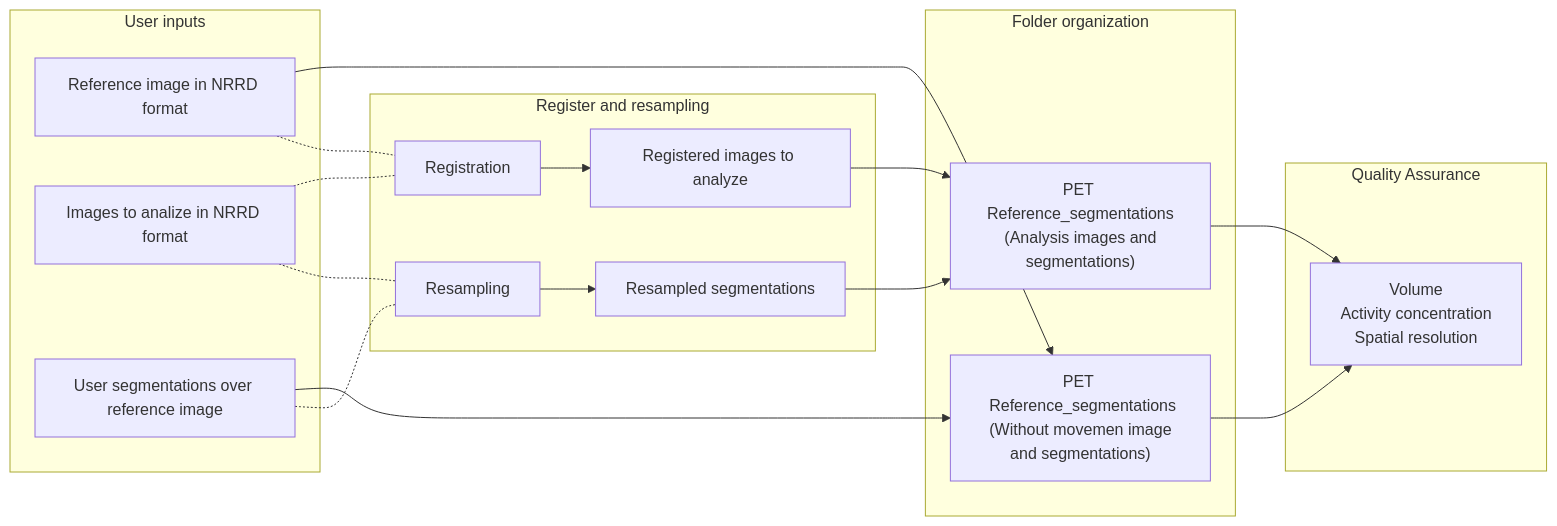
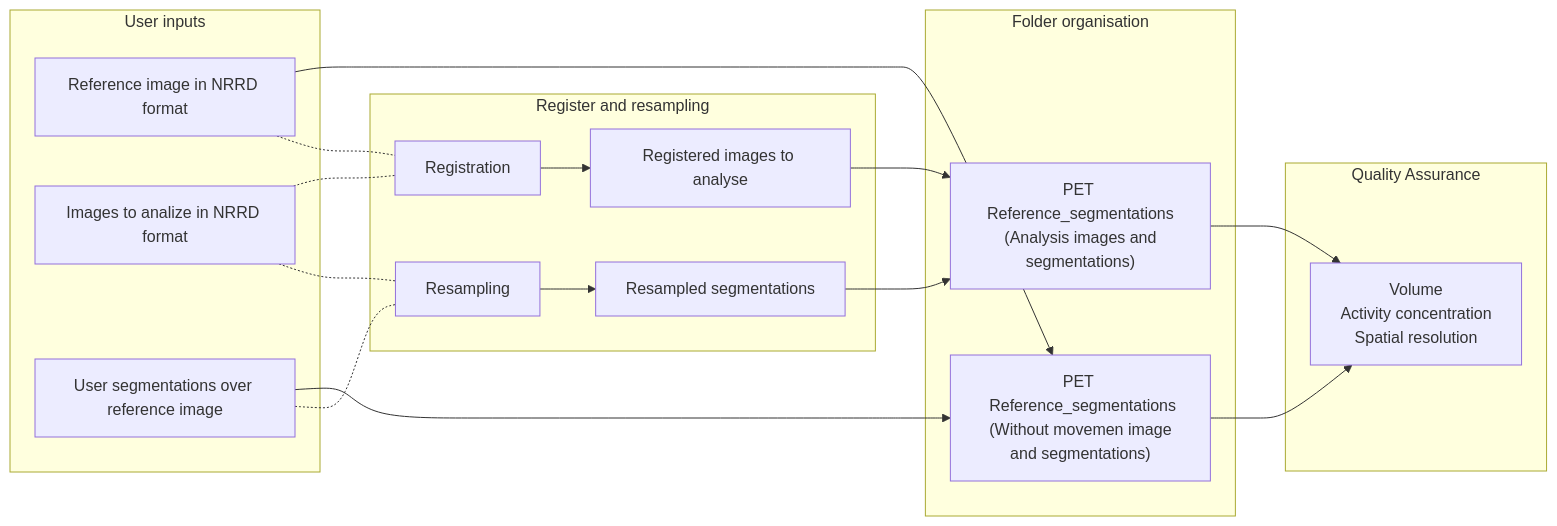
Before and after one commit to AndreaMovilla/Quality-Assurance: the diagram in README.md, drawn with Mermaid. The commit also changed other lines of this file, not shown here.

````diff
--- a/README.md
+++ b/README.md
@@ -24,33 +24,33 @@
 ```mermaid
 
 graph LR
     
 A[Reference image in NRRD format]-.-D[Registration]
 E[Images to analize in NRRD format]-.-C[Resampling]
 B[User segmentations over reference image]
 
 
 B-.-C
 E-.-D
 C-->1[Resampled segmentations]
-D-->2[Registered images to analyze]
+D-->2[Registered images to analyse]
 B-->F
 A -->F["PET <br> Reference_segmentations<br> (Without movemen image and segmentations)"]
 F-->G[Volume<br> Activity concentration <br> Spatial resolution]
 2-->H["PET <br> Reference_segmentations <br> (Analysis images and segmentations)"]
 1-->H
 H-->G
 
 subgraph User inputs
 A & B & E 
 end
 subgraph Register and resampling
 C & D & 1 & 2
 end
-subgraph Folder organization
+subgraph Folder organisation
 F & H 
 end
 subgraph Quality Assurance
 G 
 end
 ```
````
